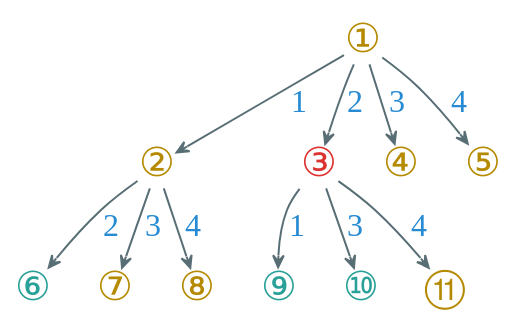
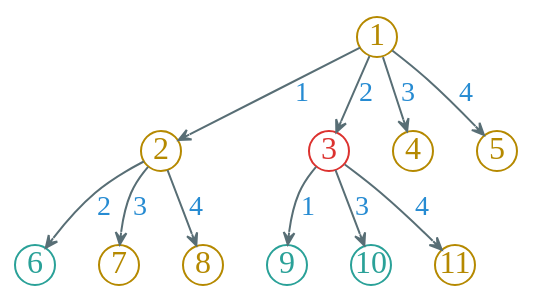
Before and after one commit to Avanti1980/course-alg: the diagram in dot/four-queen-bb-solve3.dot, drawn with Graphviz. The commit also changed 20 other files, not shown here.

```diff
--- a/dot/four-queen-bb-solve3.dot
+++ b/dot/four-queen-bb-solve3.dot
@@ -1,36 +1,36 @@
 digraph g {
     bgcolor=transparent
     rankdir=TB
     graph [nodesep=0.3, ranksep=0.3]
-    node [shape=plain, color="#586e75", fontcolor="#b58900", fontsize=20, fontname="LXGWWenKai"]
-    edge [arrowhead=vee, color="#586e75", fontcolor="#268bd2", fontsize=16, fontname="LXGWWenKai" arrowsize=0.6]
+    node [shape=circle, fixedsize=true, width=0.28, color="#b58900", fontcolor="#b58900", fontsize=16, fontname="LXGWWenKai"]
+    edge [arrowhead=vee, color="#586e75", fontcolor="#268bd2", fontsize=14, fontname="LXGWWenKai" arrowsize=0.6]
 
-    ① -> ② [label="1"]
+    1 -> 2 [label="1"]
 
-    node [fontcolor="#dc322f"]
+    node [color="#dc322f", fontcolor="#dc322f"]
 
-    ① -> ③ [label="2"]
+    1 -> 3 [label="2"]
 
-    node [fontcolor="#b58900"]
+    node [color="#b58900", fontcolor="#b58900"]
 
-    ① -> ④ [label="3"]
-    ① -> ⑤ [label="4"]
+    1 -> 4 [label="3"]
+    1 -> 5 [label="4"]
 
-    node [fontcolor="#2aa198"]
+    node [color="#2aa198", fontcolor="#2aa198"]
 
-    ② -> ⑥ [label="2"]
+    2 -> 6 [label="2"]
 
-    node [fontcolor="#b58900"]
+    node [color="#b58900", fontcolor="#b58900"]
 
-    ② -> ⑦ [label="3"]
-    ② -> ⑧ [label="4"]
+    2 -> 7 [label="3"]
+    2 -> 8 [label="4"]
 
-    node [fontcolor="#2aa198"]
+    node [color="#2aa198", fontcolor="#2aa198"]
 
-    ③ -> ⑨ [label="1"]
-    ③ -> ⑩ [label="3"]
+    3 -> 9 [label="1"]
+    3 -> 10 [label="3"]
 
-    node [fontcolor="#b58900"]
+    node [color="#b58900", fontcolor="#b58900"]
 
-    ③ -> ⑪ [label="4"]
+    3 -> 11 [label="4"]
 }
```
